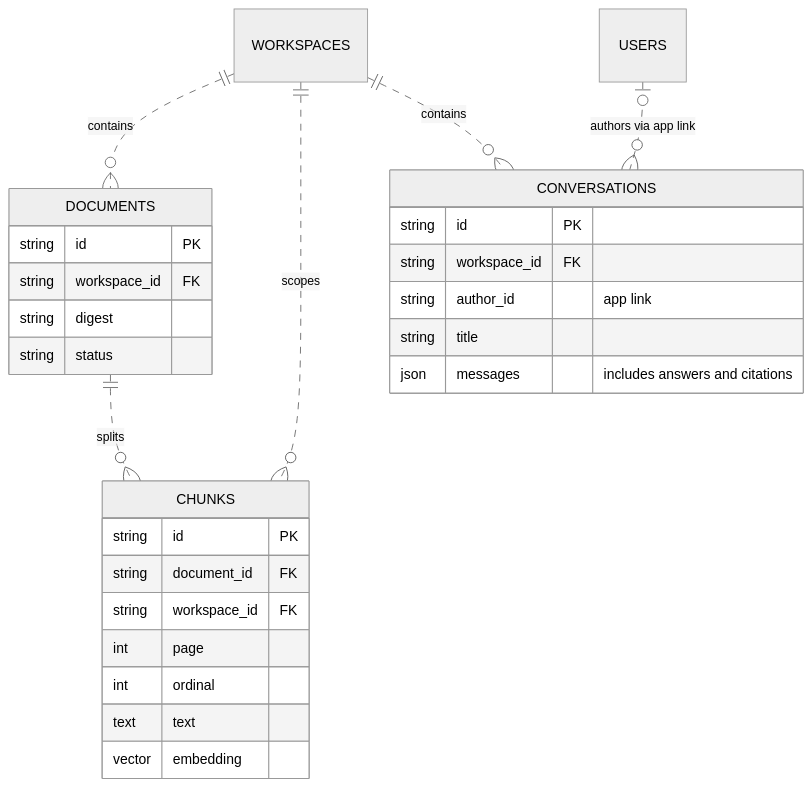
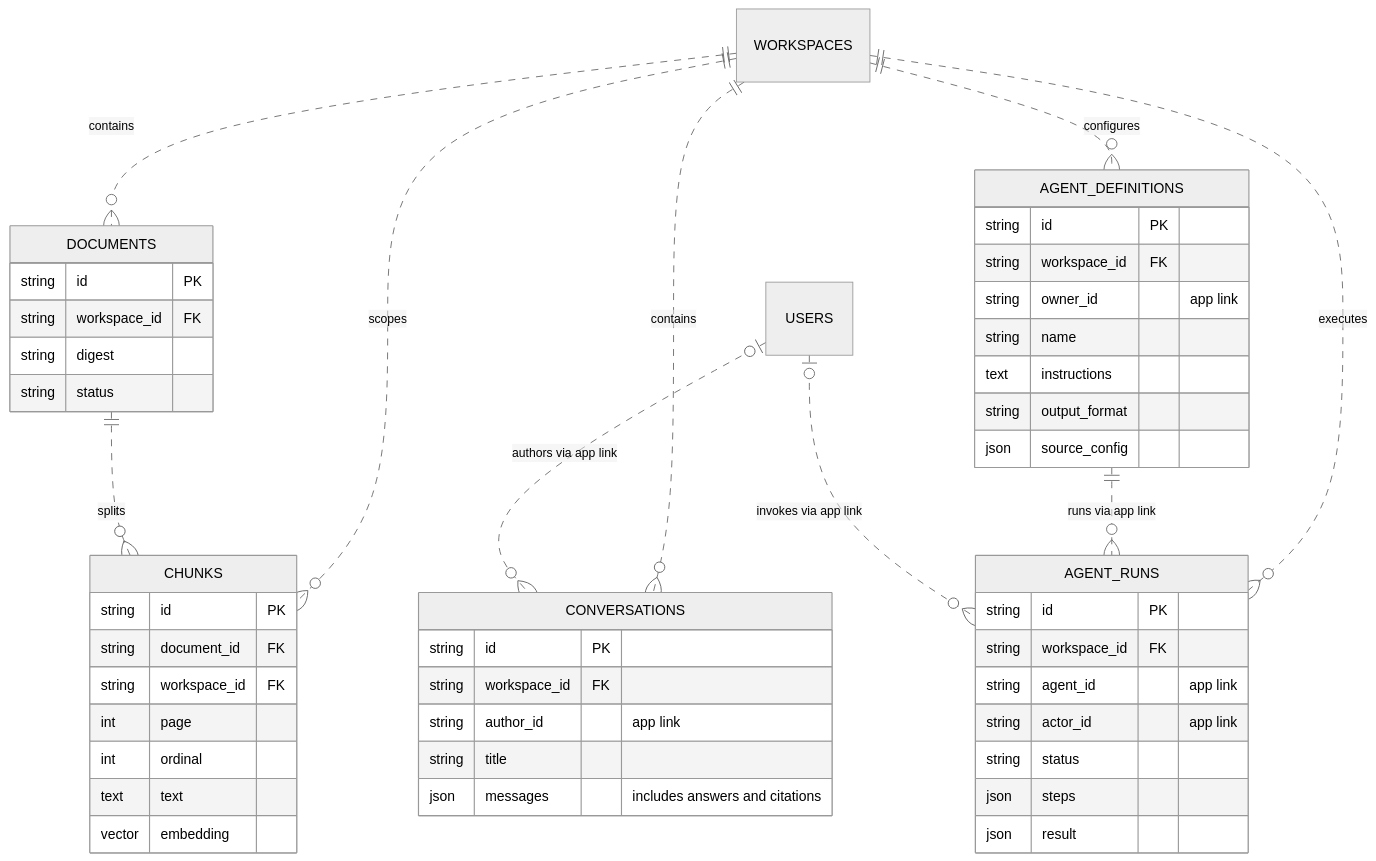
One commit to srbmaury/Atlas changed the second of 5 diagrams in docs/DATABASE.md. Above: the diagram before and after it, drawn with Mermaid (neutral theme). The commit also changed other lines of this file and 3 other files, not shown here.

````diff
--- a/docs/DATABASE.md
+++ b/docs/DATABASE.md
@@ -57,31 +57,53 @@
 ```mermaid
 erDiagram
     WORKSPACES ||..o{ DOCUMENTS : contains
     WORKSPACES ||..o{ CHUNKS : scopes
     DOCUMENTS ||..o{ CHUNKS : splits
     WORKSPACES ||..o{ CONVERSATIONS : contains
     USERS |o..o{ CONVERSATIONS : "authors via app link"
+    WORKSPACES ||..o{ AGENT_DEFINITIONS : configures
+    WORKSPACES ||..o{ AGENT_RUNS : executes
+    AGENT_DEFINITIONS ||..o{ AGENT_RUNS : "runs via app link"
+    USERS |o..o{ AGENT_RUNS : "invokes via app link"
 
     DOCUMENTS {
         string id PK
         string workspace_id FK
         string digest
         string status
     }
     CHUNKS {
         string id PK
         string document_id FK
         string workspace_id FK
         int page
         int ordinal
         text text
         vector embedding
     }
     CONVERSATIONS {
         string id PK
         string workspace_id FK
         string author_id "app link"
         string title
         json messages "includes answers and citations"
     }
+    AGENT_DEFINITIONS {
+        string id PK
+        string workspace_id FK
+        string owner_id "app link"
+        string name
+        text instructions
+        string output_format
+        json source_config
+    }
+    AGENT_RUNS {
+        string id PK
+        string workspace_id FK
+        string agent_id "app link"
+        string actor_id "app link"
+        string status
+        json steps
+        json result
+    }
 ```
````
